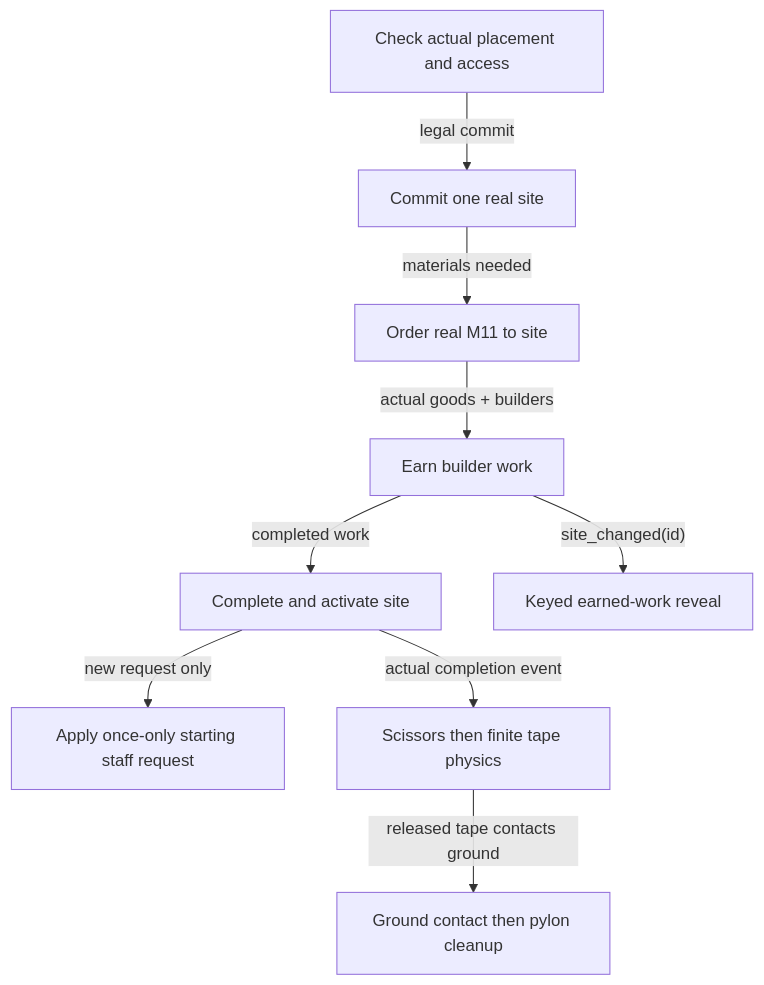
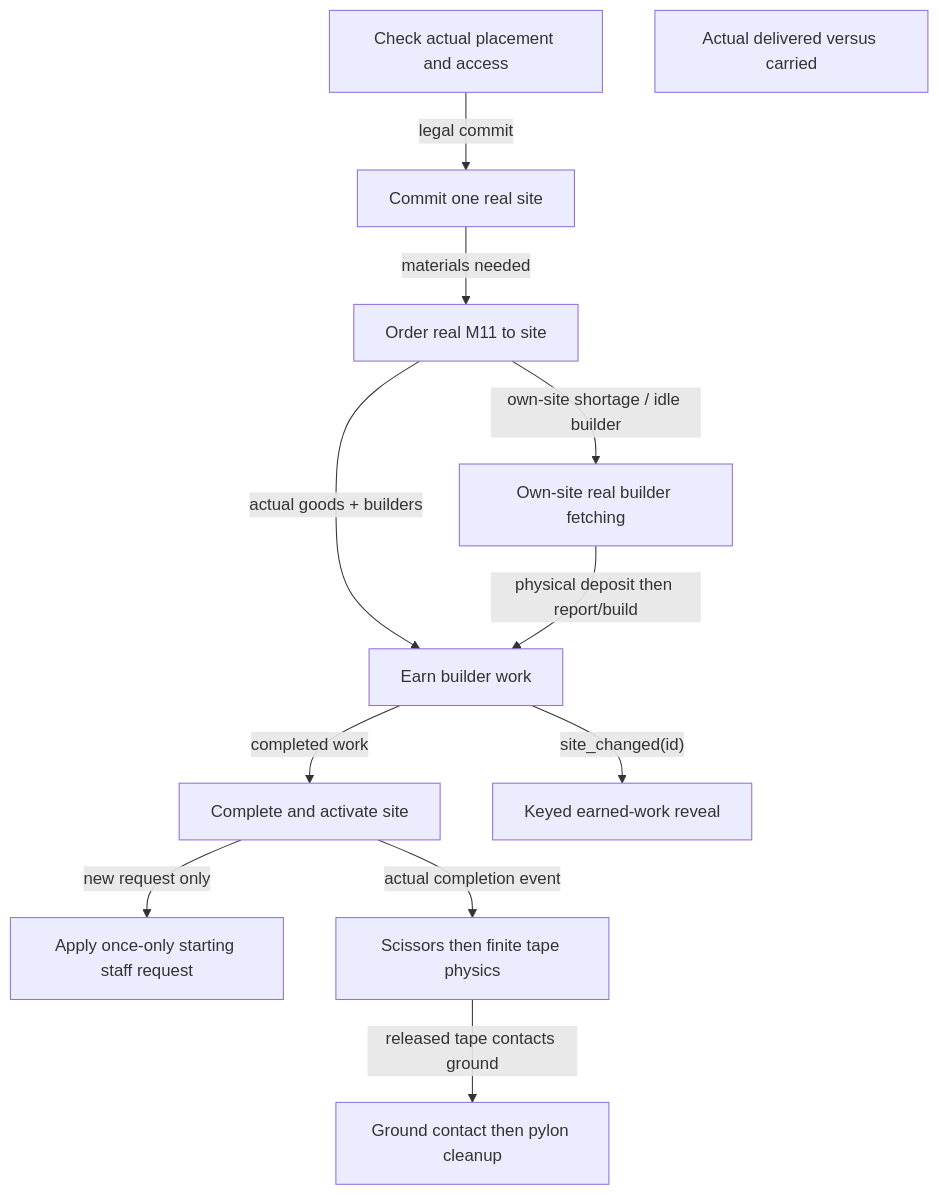
One commit to TheInfinityIQ/Trencho_V4 changed the ninth of 50 diagrams in docs/system_atlas.md. Above: the diagram before and after it, drawn with Mermaid. The commit also changed other lines of this file and 30 other files, not shown here.

Commit message:
Connect builder self-supply and prepared smoke completion sequence

````diff
--- a/docs/system_atlas.md
+++ b/docs/system_atlas.md
@@ -360,20 +360,24 @@
 ```mermaid
 flowchart TD
     n0["Check actual placement and access"]
     n1["Commit one real site"]
     n2["Order real M11 to site"]
     n3["Earn builder work"]
     n4["Complete and activate site"]
     n5["Apply once-only starting staff request"]
     n6["Keyed earned-work reveal"]
     n7["Scissors then finite tape physics"]
     n8["Ground contact then pylon cleanup"]
+    builder_supply["Own-site real builder fetching"]
+    delivery_status["Actual delivered versus carried"]
     n0 -->|"legal commit"| n1
     n1 -->|"materials needed"| n2
     n2 -->|"actual goods + builders"| n3
     n3 -->|"completed work"| n4
     n4 -->|"new request only"| n5
     n3 -->|"site_changed(id)"| n6
     n4 -->|"actual completion event"| n7
     n7 -->|"released tape contacts ground"| n8
+    n2 -->|"own-site shortage / idle builder"| builder_supply
+    builder_supply -->|"physical deposit then report/build"| n3
 ```
````
